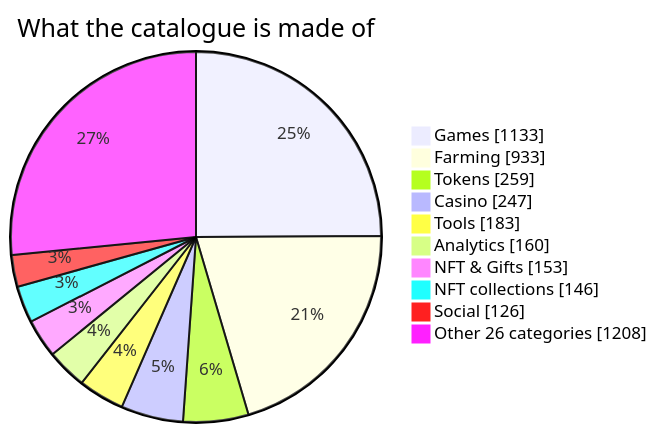
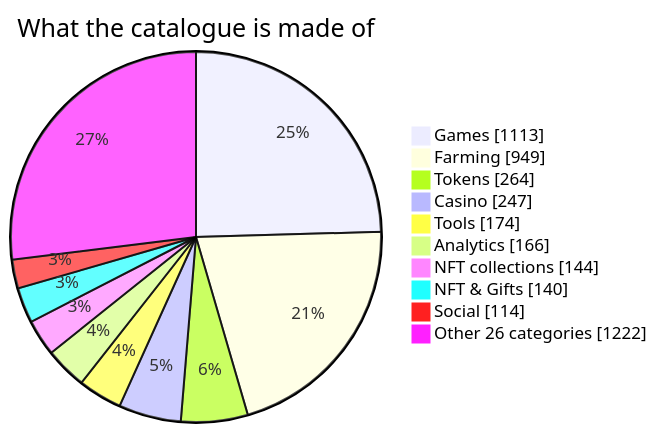
The first of 4 diagrams in README.md (vitalikgpt/gram-ecosystem), drawn with Mermaid before and after one commit. The commit also changed other lines of this file and 71 other files, not shown here.

````diff
--- a/README.md
+++ b/README.md
@@ -59,14 +59,14 @@
 ```mermaid
 pie showData
   title What the catalogue is made of
-  "Games" : 1133
-  "Farming" : 933
-  "Tokens" : 259
+  "Games" : 1113
+  "Farming" : 949
+  "Tokens" : 264
   "Casino" : 247
-  "Tools" : 183
-  "Analytics" : 160
-  "NFT & Gifts" : 153
-  "NFT collections" : 146
-  "Social" : 126
-  "Other 26 categories" : 1208
+  "Tools" : 174
+  "Analytics" : 166
+  "NFT collections" : 144
+  "NFT & Gifts" : 140
+  "Social" : 114
+  "Other 26 categories" : 1222
 ```
````
